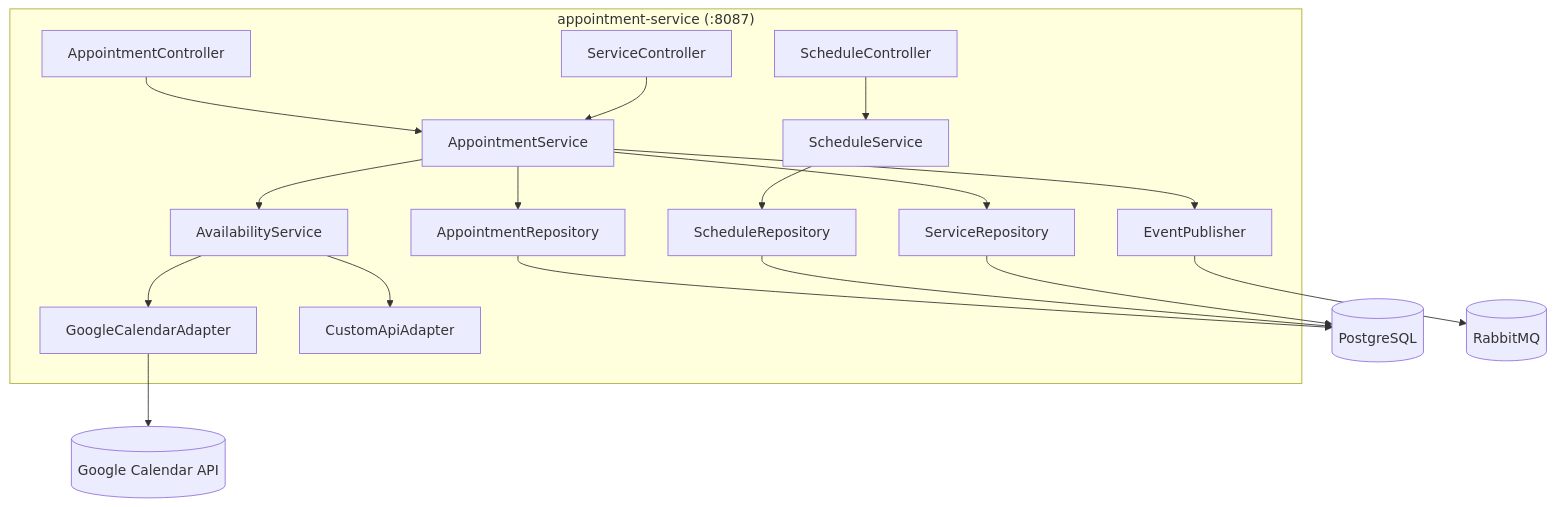
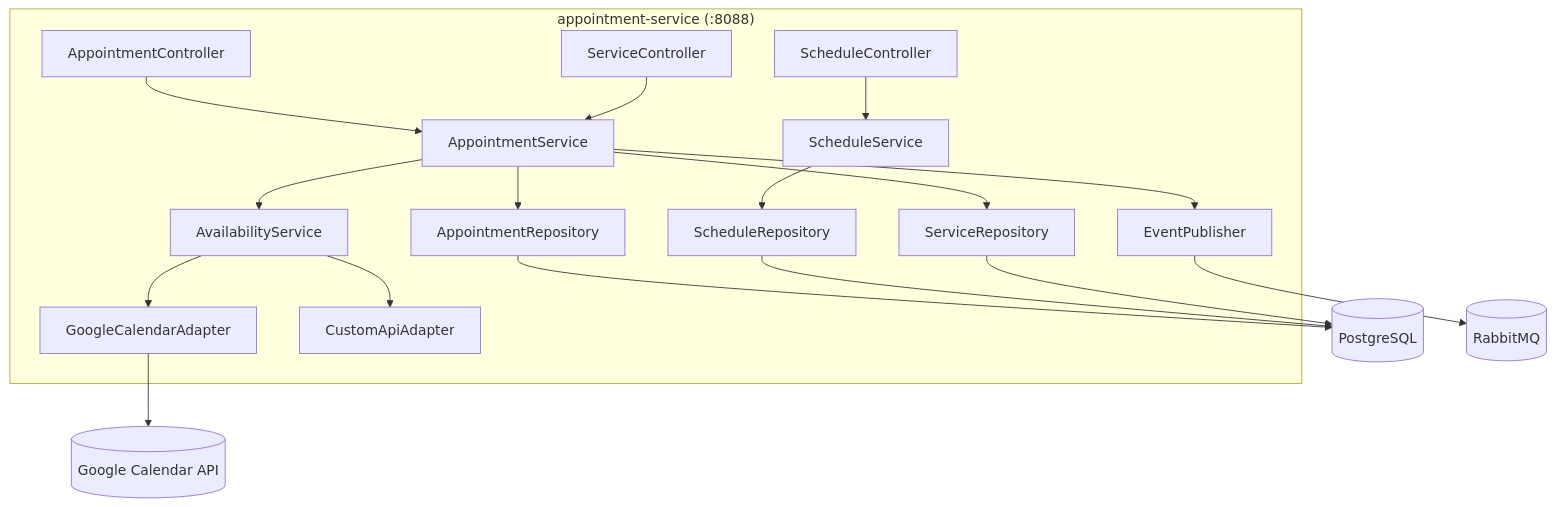
Before and after one commit to egitiaec/autoflow-docs: the fifth of 7 diagrams in Arquitectura/c4-context.md, drawn with Mermaid. The commit also changed other lines of this file and 16 other files, not shown here.

````diff
--- a/Arquitectura/c4-context.md
+++ b/Arquitectura/c4-context.md
@@ -281,33 +286,33 @@
 ```mermaid
 graph TB
-    subgraph "appointment-service (:8087)"
+    subgraph "appointment-service (:8088)"
         CTRL_APT["AppointmentController"]
         CTRL_SCHED["ScheduleController"]
         CTRL_SVC["ServiceController"]
         SVC_APT["AppointmentService"]
         SVC_SCHED["ScheduleService"]
         SVC_AVAIL["AvailabilityService"]
         INTEG_GCAL["GoogleCalendarAdapter"]
         INTEG_CUSTOM["CustomApiAdapter"]
         REPO_APT["AppointmentRepository"]
         REPO_SCHED["ScheduleRepository"]
         REPO_SVC["ServiceRepository"]
         EVT["EventPublisher"]
     end
 
     CTRL_APT --> SVC_APT
     CTRL_SCHED --> SVC_SCHED
     CTRL_SVC --> SVC_APT
     SVC_APT --> SVC_AVAIL
     SVC_APT --> REPO_APT
     SVC_SCHED --> REPO_SCHED
     SVC_APT --> REPO_SVC
     SVC_AVAIL --> INTEG_GCAL
     SVC_AVAIL --> INTEG_CUSTOM
     SVC_APT --> EVT
     REPO_APT --> PG[("PostgreSQL")]
     REPO_SCHED --> PG
     REPO_SVC --> PG
     EVT --> RMQ[("RabbitMQ")]
     INTEG_GCAL --> GCAL[("Google Calendar API")]
 ```
````
